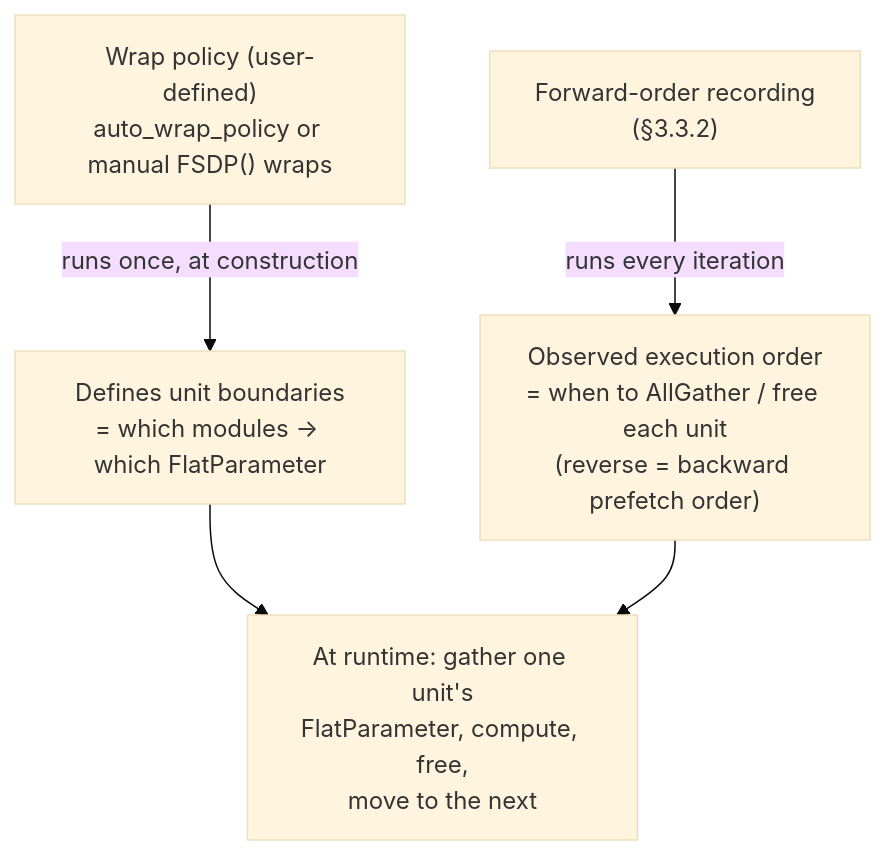
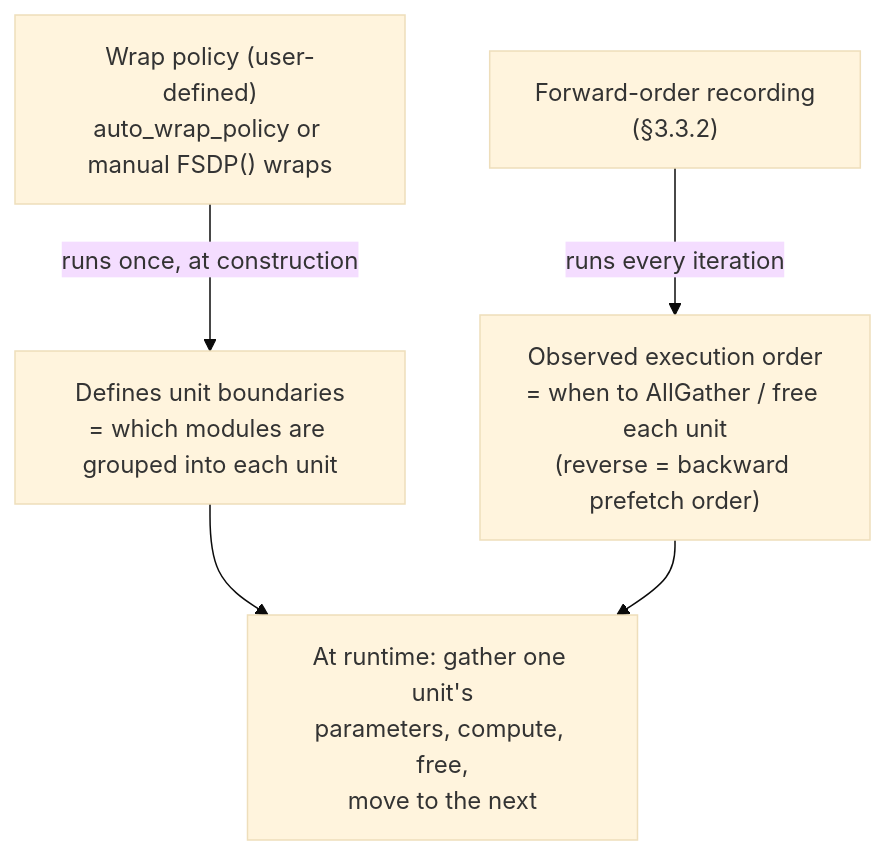
The second of 3 diagrams in pytorch-fsdp/section_3_system_design.md (abhishek-patnia-nu/apatnia-paper-reader), drawn with Mermaid (base theme) before and after one commit. The commit also changed other lines of this file, not shown here.

````diff
--- a/pytorch-fsdp/section_3_system_design.md
+++ b/pytorch-fsdp/section_3_system_design.md
@@ -101,7 +101,7 @@
 ```mermaid
 flowchart TB
-    A["Wrap policy (user-defined)<br/>auto_wrap_policy or manual FSDP() wraps"] -->|"runs once, at construction"| B["Defines unit boundaries<br/>= which modules → which FlatParameter"]
+    A["Wrap policy (user-defined)<br/>auto_wrap_policy or manual FSDP() wraps"] -->|"runs once, at construction"| B["Defines unit boundaries<br/>= which modules are grouped into each unit"]
     C["Forward-order recording<br/>(§3.3.2)"] -->|"runs every iteration"| D["Observed execution order<br/>= when to AllGather / free each unit<br/>(reverse = backward prefetch order)"]
-    B --> E["At runtime: gather one unit's<br/>FlatParameter, compute, free,<br/>move to the next"]
+    B --> E["At runtime: gather one unit's<br/>parameters, compute, free,<br/>move to the next"]
     D --> E
 ```
````
